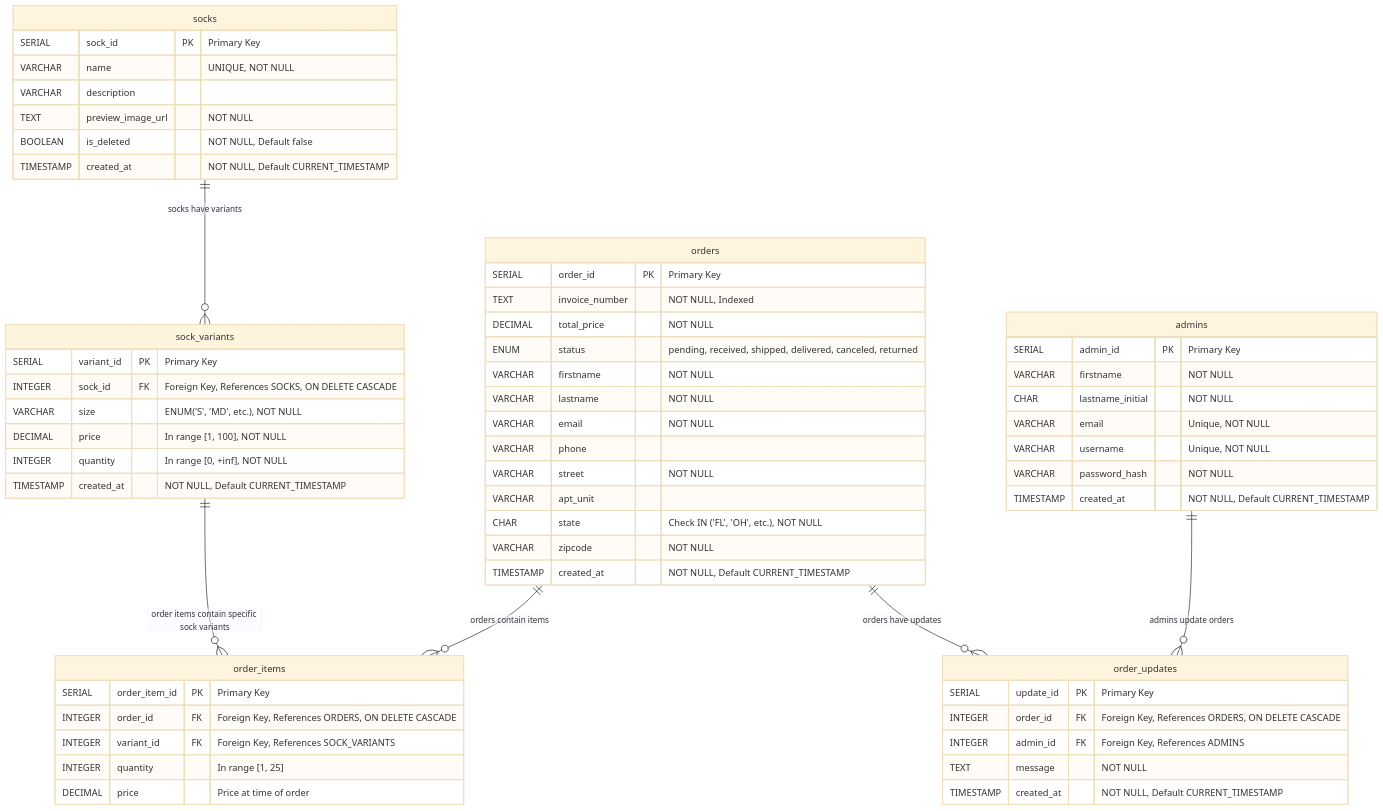
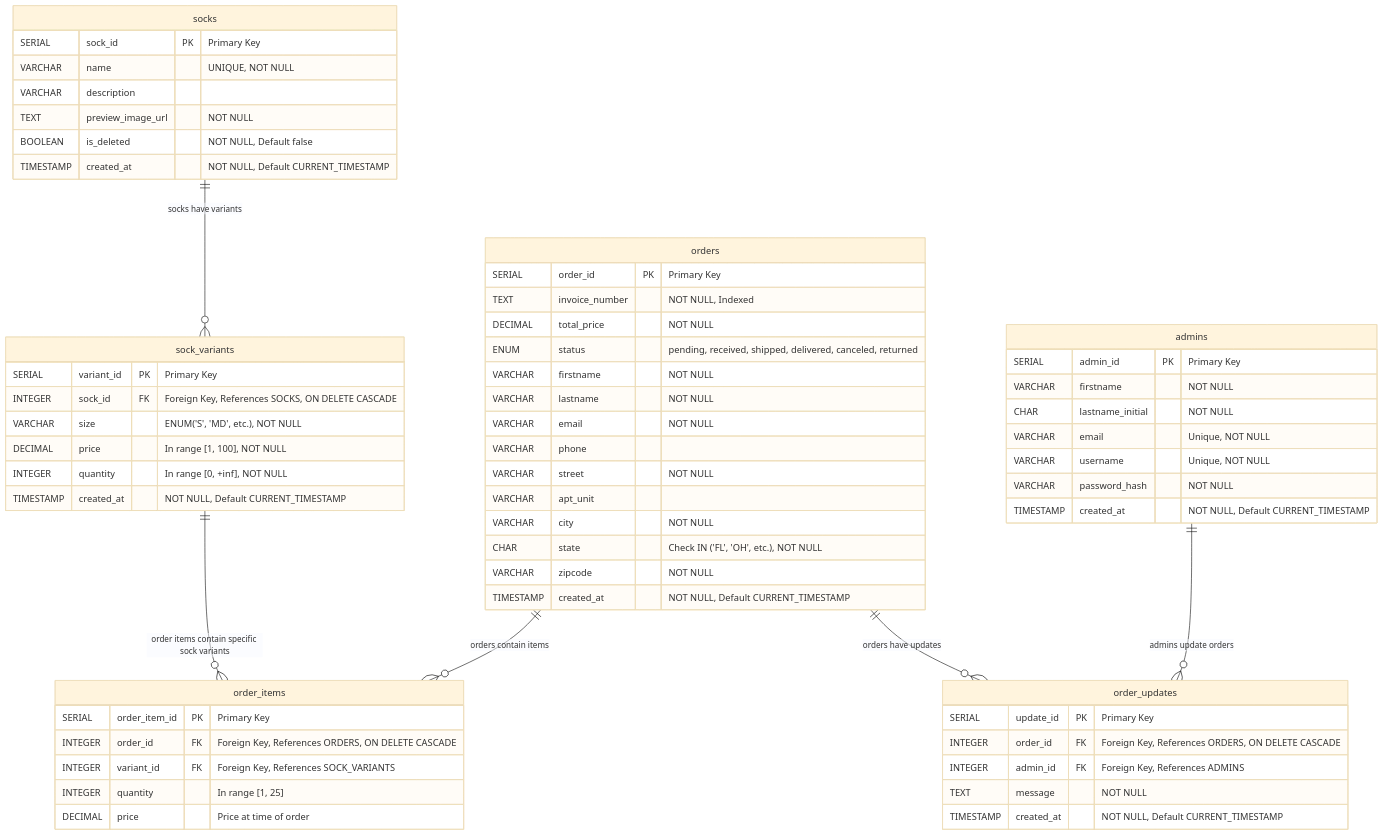
Before and after one commit to sockify/sockify: the diagram in docs/planning/entity_relationship_diagram.md, drawn with Mermaid (base theme). The commit also changed 65 other files, not shown here.

````diff
--- a/docs/planning/entity_relationship_diagram.md
+++ b/docs/planning/entity_relationship_diagram.md
@@ -3,68 +3,69 @@
 ```mermaid
 erDiagram
     admins {
         SERIAL admin_id PK "Primary Key"
         VARCHAR firstname "NOT NULL"
         CHAR lastname_initial "NOT NULL"
         VARCHAR email "Unique, NOT NULL"
         VARCHAR username "Unique, NOT NULL"
         VARCHAR password_hash "NOT NULL"
         TIMESTAMP created_at "NOT NULL, Default CURRENT_TIMESTAMP"
     }
 
     socks {
         SERIAL sock_id PK "Primary Key"
         VARCHAR name "UNIQUE, NOT NULL"
         VARCHAR description
         TEXT preview_image_url "NOT NULL"
         BOOLEAN is_deleted "NOT NULL, Default false"
         TIMESTAMP created_at "NOT NULL, Default CURRENT_TIMESTAMP"
     }
 
     sock_variants {
         SERIAL variant_id PK "Primary Key"
         INTEGER sock_id FK "Foreign Key, References SOCKS, ON DELETE CASCADE"
         VARCHAR size "ENUM('S', 'MD', etc.), NOT NULL"
         DECIMAL price "In range [1, 100], NOT NULL"
         INTEGER quantity "In range [0, +inf], NOT NULL"
         TIMESTAMP created_at "NOT NULL, Default CURRENT_TIMESTAMP"
     }
 
     orders {
         SERIAL order_id PK "Primary Key"
         TEXT invoice_number "NOT NULL, Indexed"
         DECIMAL total_price "NOT NULL"
         ENUM status "pending, received, shipped, delivered, canceled, returned"
         VARCHAR firstname "NOT NULL"
         VARCHAR lastname "NOT NULL"
         VARCHAR email "NOT NULL"
         VARCHAR phone
         VARCHAR street "NOT NULL"
         VARCHAR apt_unit
+        VARCHAR city "NOT NULL"
         CHAR state "Check IN ('FL', 'OH', etc.), NOT NULL"
         VARCHAR zipcode "NOT NULL"
         TIMESTAMP created_at "NOT NULL, Default CURRENT_TIMESTAMP"
     }
 
     order_items {
         SERIAL order_item_id PK "Primary Key"
         INTEGER order_id FK "Foreign Key, References ORDERS, ON DELETE CASCADE"
         INTEGER variant_id FK "Foreign Key, References SOCK_VARIANTS"
         INTEGER quantity "In range [1, 25]"
         DECIMAL price "Price at time of order"
     }
 
     order_updates {
         SERIAL update_id PK "Primary Key"
         INTEGER order_id FK "Foreign Key, References ORDERS, ON DELETE CASCADE"
         INTEGER admin_id FK "Foreign Key, References ADMINS"
         TEXT message "NOT NULL"
         TIMESTAMP created_at "NOT NULL, Default CURRENT_TIMESTAMP"
     }
 
     socks ||--o{ sock_variants : "socks have variants"
     orders ||--o{ order_items : "orders contain items"
     sock_variants ||--o{ order_items : "order items contain specific sock variants"
     admins ||--o{ order_updates : "admins update orders"
     orders ||--o{ order_updates : "orders have updates"
 ```
````
